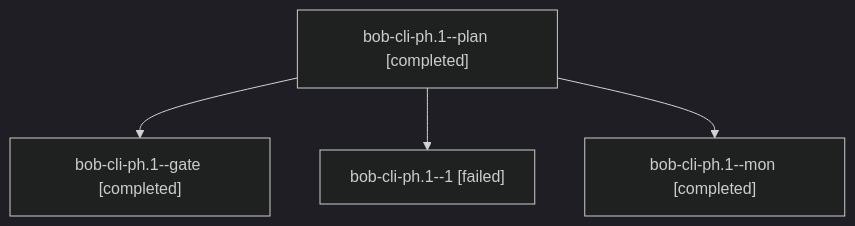
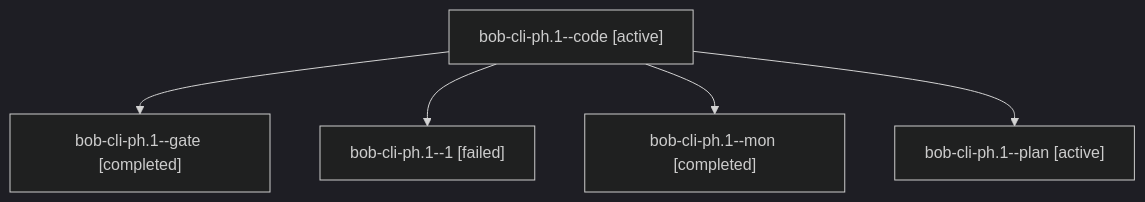
Before and after one commit to bobs-org/bob-cli--agents: the diagram in sessions/bbugyi200.apollo.bob-cli-ph.1.md, drawn with Mermaid (dark theme). The commit also changed other lines of this file and 37 other files, not shown here.

````diff
--- a/sessions/bbugyi200.apollo.bob-cli-ph.1.md
+++ b/sessions/bbugyi200.apollo.bob-cli-ph.1.md
@@ -9,10 +9,12 @@
 ```mermaid
 flowchart TD
-  n0["bob-cli-ph.1--plan [completed]"]
+  n0["bob-cli-ph.1--code [active]"]
   n1["bob-cli-ph.1--gate [completed]"]
   n0 --> n1
   n2["bob-cli-ph.1--1 [failed]"]
   n0 --> n2
   n3["bob-cli-ph.1--mon [completed]"]
   n0 --> n3
+  n4["bob-cli-ph.1--plan [active]"]
+  n0 --> n4
 ```
````
